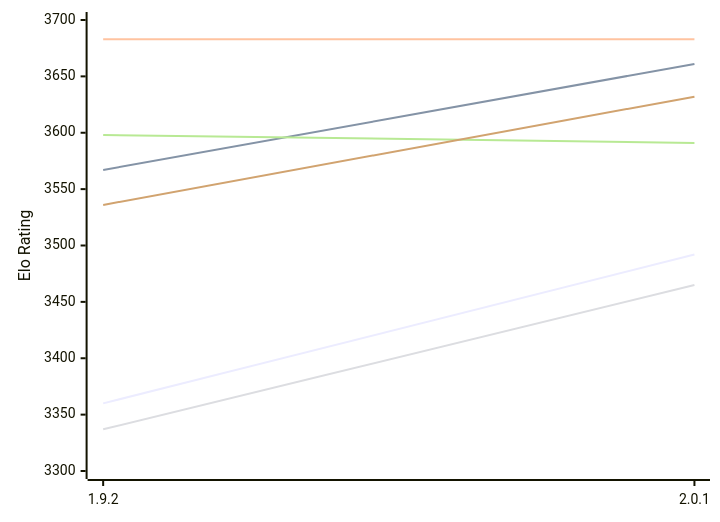
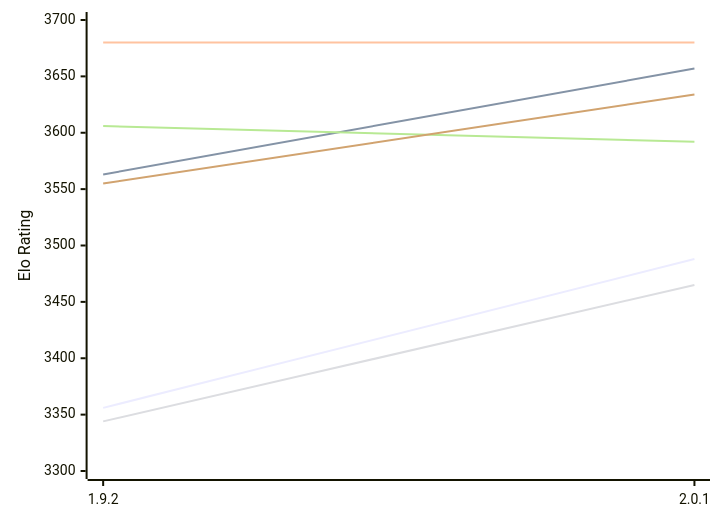
The first of 2 diagrams in engines/Pawnocchio.md (computer-chess-index/cci), drawn with Mermaid before and after one commit. The commit also changed other lines of this file, not shown here.

Commit message:
Update CCI Ratings (ELO VLTC) - 2026-11-21

````diff
--- a/engines/Pawnocchio.md
+++ b/engines/Pawnocchio.md
@@ -52,12 +52,12 @@
 ```mermaid
 %%{init: {"theme":"base","themeVariables":{"seriesColors:['#a3a3a3','#222221','#faa371']}}}%%
 xychart-beta
   x-axis ["1.9.2", "2.0.1"]
   y-axis "Elo Rating" 3300 --> 3700
-  line "E1: STC (8.0+0.08s)" [3360, 3492]
-  line "E1: LTC (60.0+0.60s)" [3567, 3661]
-  line "E1: VLTC (2m24s+1.12s)" [3683, 3683]
-  line "P1: STC (8.0+0.08s)" [3337, 3465]
-  line "P1: LTC (60.0+0.60s)" [3598, 3591]
-  line "P1: VLTC (2m24s+1.12s)" [3536, 3632]
+  line "E1: STC (8.0+0.08s)" [3356, 3488]
+  line "E1: LTC (60.0+0.60s)" [3563, 3657]
+  line "E1: VLTC (2m24s+1.12s)" [3680, 3680]
+  line "P1: STC (8.0+0.08s)" [3344, 3465]
+  line "P1: LTC (60.0+0.60s)" [3606, 3592]
+  line "P1: VLTC (2m24s+1.12s)" [3555, 3634]
 ```
````
